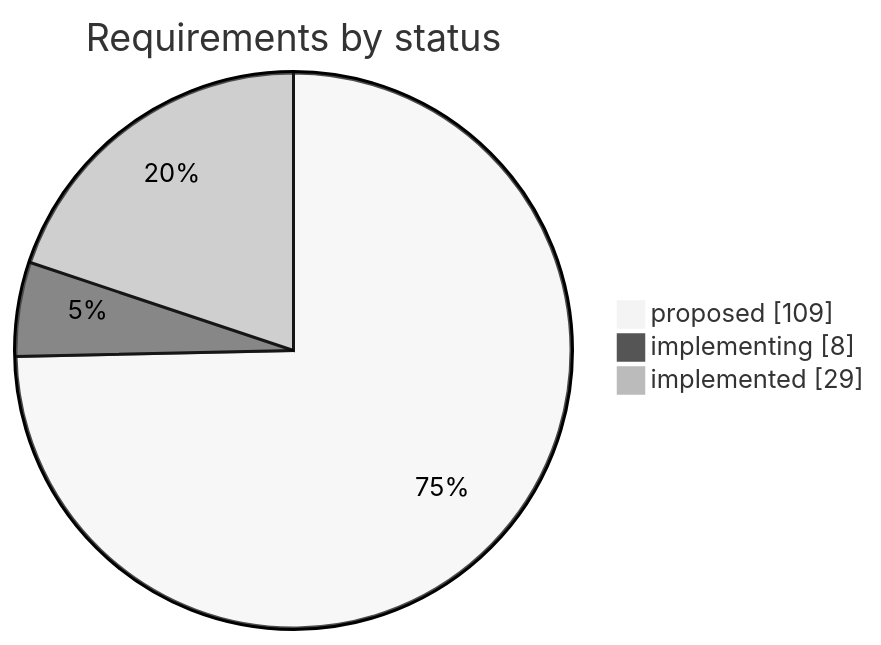
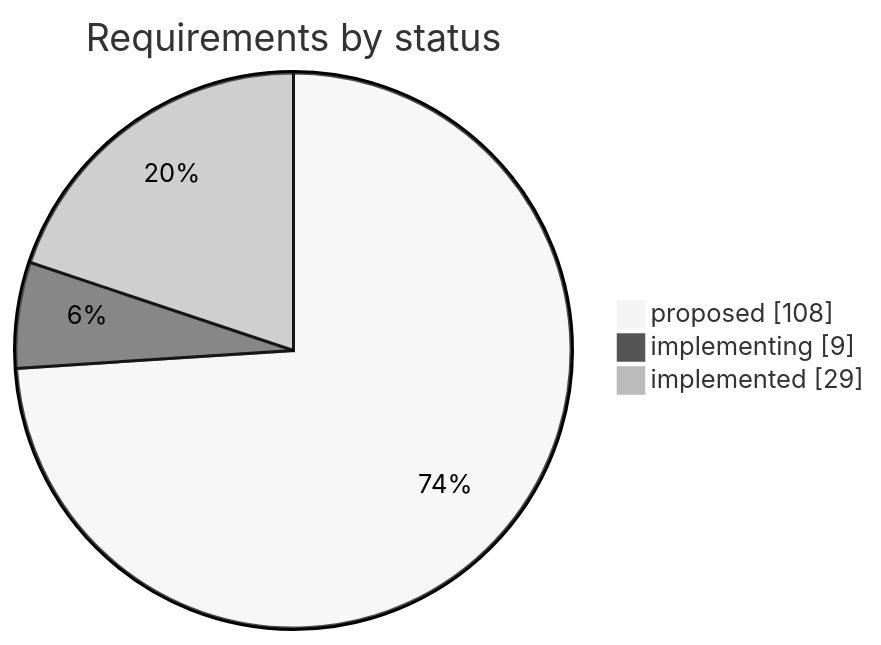
The first of 2 diagrams in STATUS.md (iammaxsu/automatic-testing-architecture), drawn with Mermaid (neutral theme) before and after one commit. The commit also changed other lines of this file and 7 other files, not shown here.

````diff
--- a/STATUS.md
+++ b/STATUS.md
@@ -25,6 +25,6 @@
 ```mermaid
 pie showData title Requirements by status
-    "proposed" : 109
-    "implementing" : 8
+    "proposed" : 108
+    "implementing" : 9
     "implemented" : 29
 ```
````
